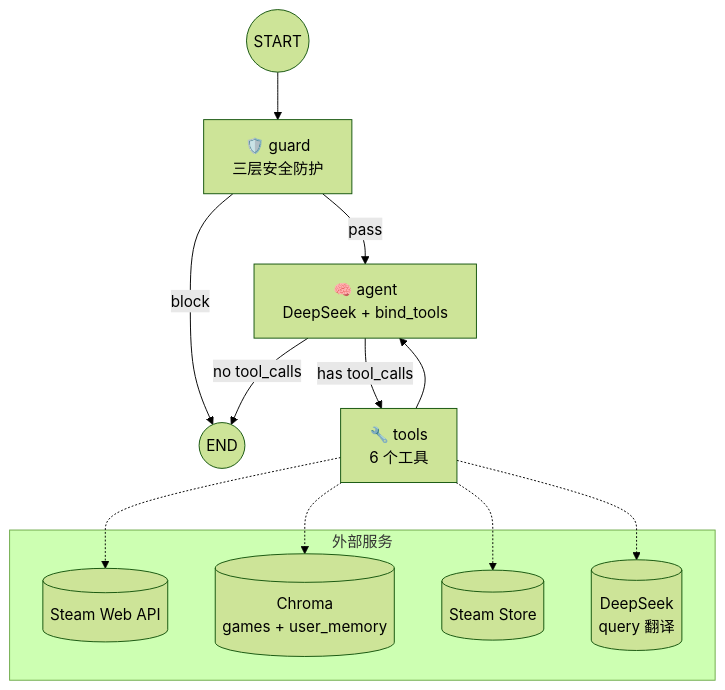
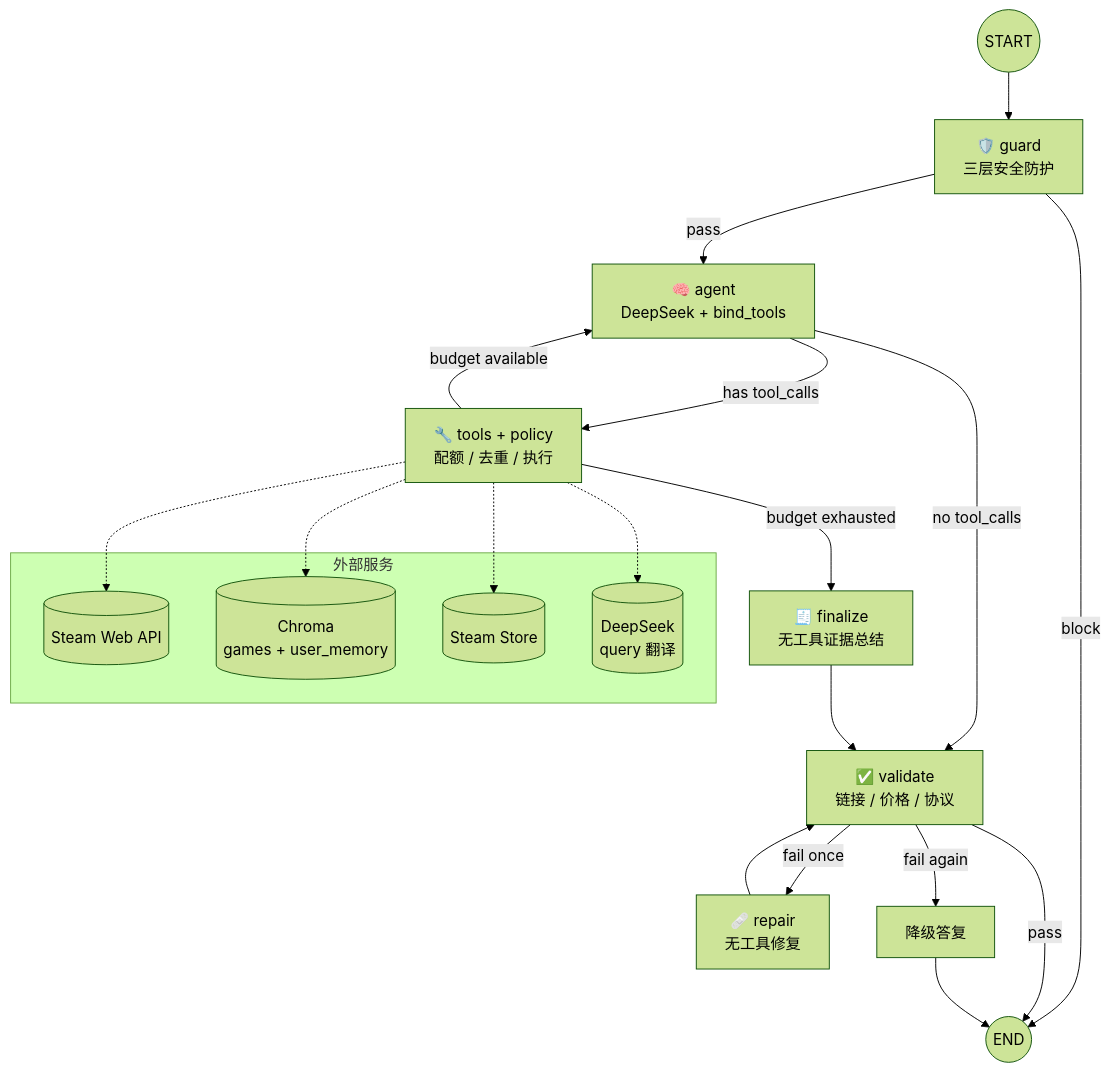
The diagram in README.md (jiongwang114/STEAM_Agent), drawn with Mermaid (forest theme) before and after one commit. The commit also changed other lines of this file and 134 other files, not shown here.

````diff
--- a/README.md
+++ b/README.md
@@ -10,23 +10,30 @@
 ```mermaid
 graph TD
     START((START)) --> guard["🛡️ guard<br/>三层安全防护"]
     guard -->|pass| agent["🧠 agent<br/>DeepSeek + bind_tools"]
     guard -->|block| END_NODE((END))
 
-    agent -->|has tool_calls| tools["🔧 tools<br/>6 个工具"]
-    agent -->|no tool_calls| END_NODE
+    agent -->|has tool_calls| tools["🔧 tools + policy<br/>配额 / 去重 / 执行"]
+    agent -->|no tool_calls| validate["✅ validate<br/>链接 / 价格 / 协议"]
 
-    tools --> agent
+    tools -->|budget available| agent
+    tools -->|budget exhausted| finalize["🧾 finalize<br/>无工具证据总结"]
+    finalize --> validate
+    validate -->|pass| END_NODE
+    validate -->|fail once| repair["🩹 repair<br/>无工具修复"]
+    repair --> validate
+    validate -->|fail again| fallback["降级答复"]
+    fallback --> END_NODE
 
     subgraph External["外部服务"]
         STEAM[("Steam Web API")]
         CHROMA[("Chroma<br/>games + user_memory")]
         STORE[("Steam Store")]
         DEEPSEEK[("DeepSeek<br/>query 翻译")]
     end
 
     tools -.-> STEAM
     tools -.-> CHROMA
     tools -.-> STORE
     tools -.-> DEEPSEEK
 ```
````
